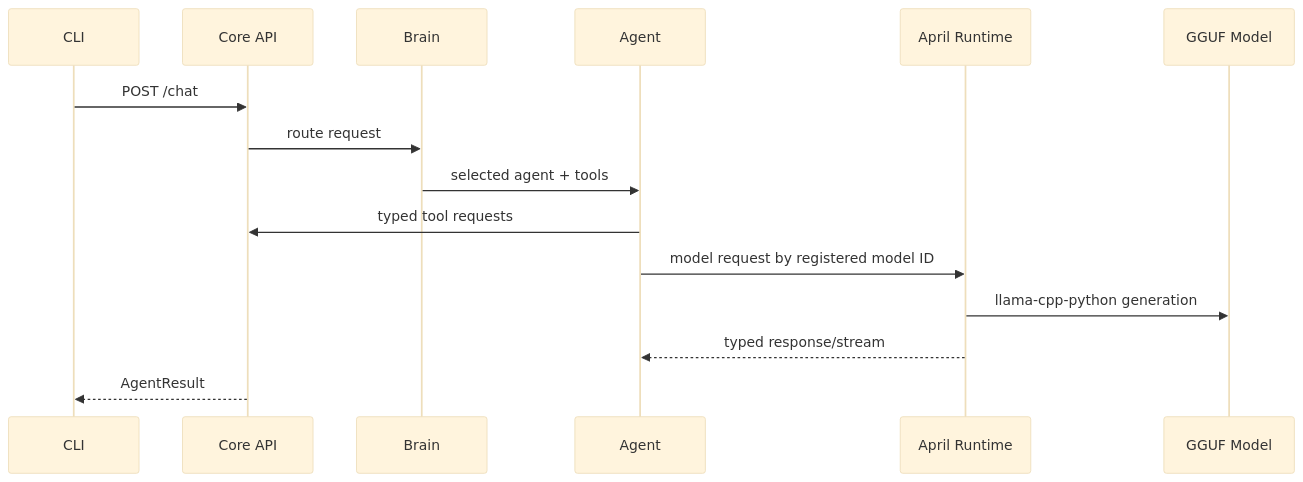
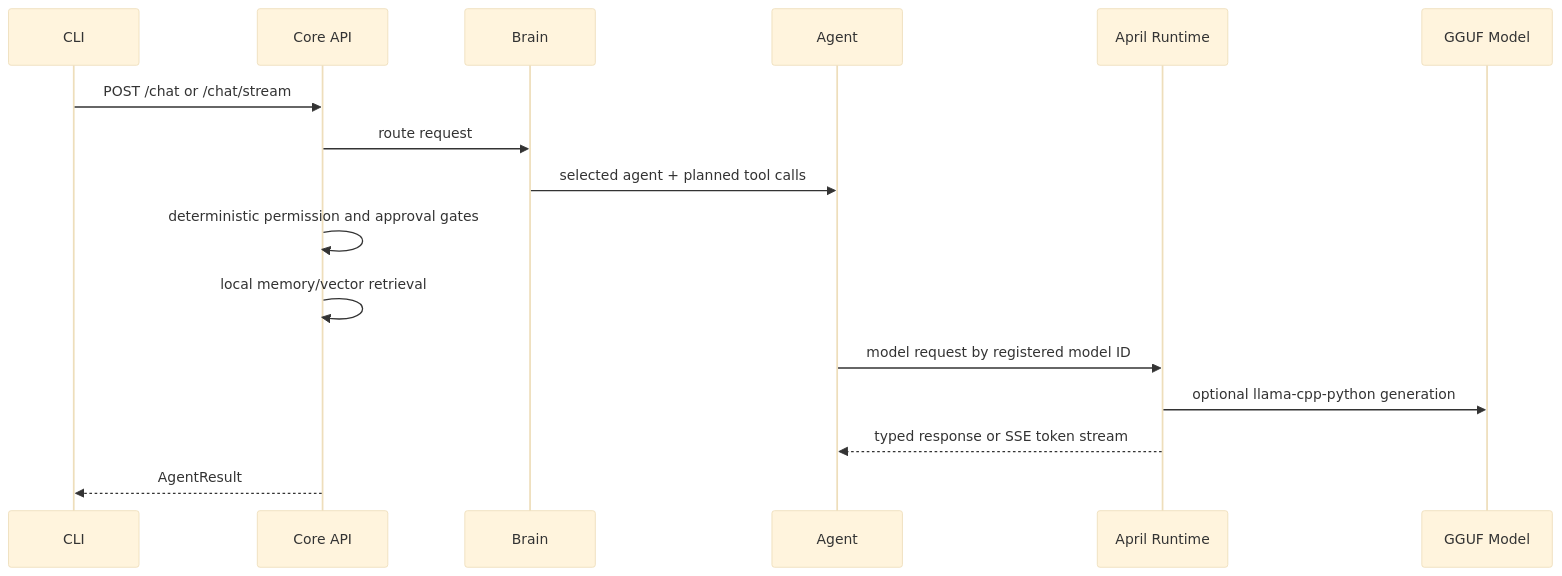
One commit to Demonhari/april changed the diagram in docs/architecture.md. Above: the diagram before and after it, drawn with Mermaid (base theme). The commit also changed other lines of this file and 35 other files, not shown here.

Commit message:
fix: complete APRIL MVP streaming, memory, approvals and project flow

````diff
--- a/docs/architecture.md
+++ b/docs/architecture.md
@@ -5,18 +5,19 @@
 ```mermaid
 sequenceDiagram
   participant CLI
   participant API as Core API
   participant Brain
   participant Agent
   participant Runtime as April Runtime
   participant Model as GGUF Model
 
-  CLI->>API: POST /chat
+  CLI->>API: POST /chat or /chat/stream
   API->>Brain: route request
-  Brain->>Agent: selected agent + tools
-  Agent->>API: typed tool requests
+  Brain->>Agent: selected agent + planned tool calls
+  API->>API: deterministic permission and approval gates
+  API->>API: local memory/vector retrieval
   Agent->>Runtime: model request by registered model ID
-  Runtime->>Model: llama-cpp-python generation
-  Runtime-->>Agent: typed response/stream
+  Runtime->>Model: optional llama-cpp-python generation
+  Runtime-->>Agent: typed response or SSE token stream
   API-->>CLI: AgentResult
 ```
````
